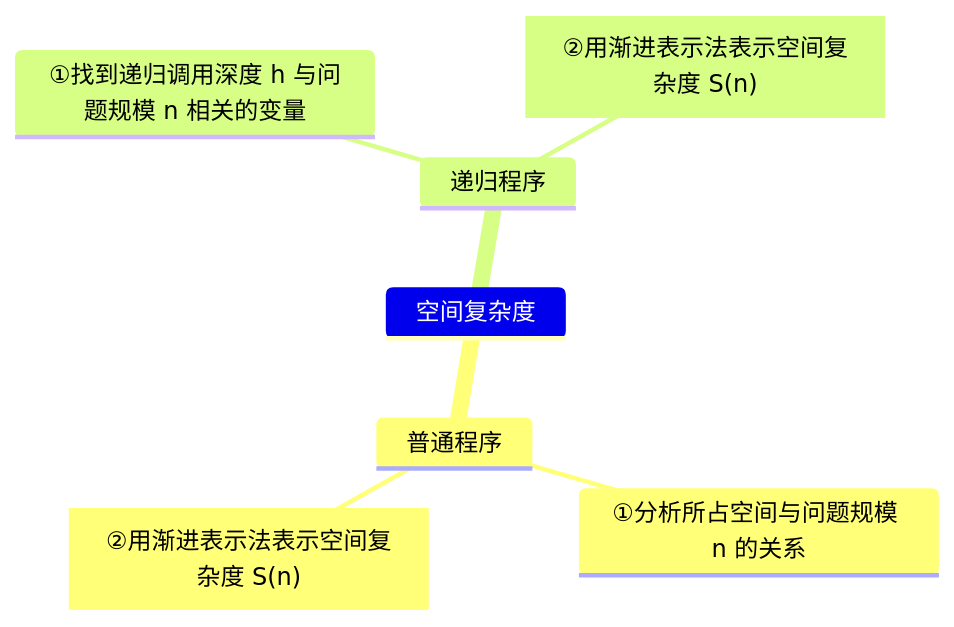
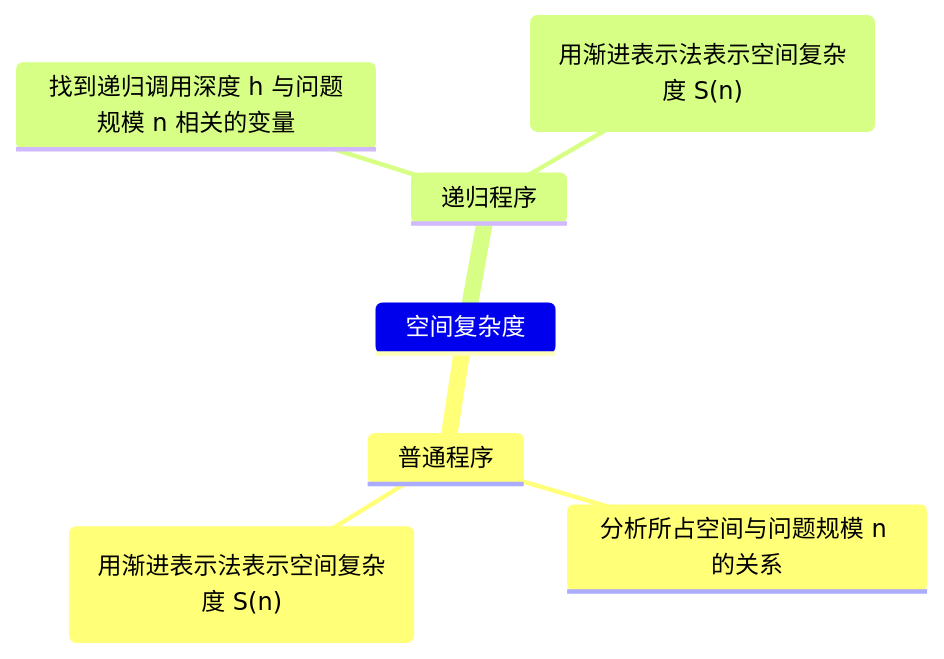
The fourth of 15 diagrams in 数据结构.md (novpath/Data-Structure), drawn with Mermaid before and after one commit. The commit also changed other lines of this file and 11 other files, not shown here.

````diff
--- a/数据结构.md
+++ b/数据结构.md
@@ -374,10 +374,10 @@
 ```mermaid
 mindmap
     空间复杂度
         普通程序
-            ①分析所占空间与问题规模 n 的关系
-            id3["②用渐进表示法表示空间复杂度 S(n)"]
+            分析所占空间与问题规模 n 的关系
+            ("用渐进表示法表示空间复杂度 S(n)")
         递归程序
-            ①找到递归调用深度 h 与问题规模 n 相关的变量
-            id2["②用渐进表示法表示空间复杂度 S(n)"]
+            找到递归调用深度 h 与问题规模 n 相关的变量
+            ("用渐进表示法表示空间复杂度 S(n)")
 ```
````
